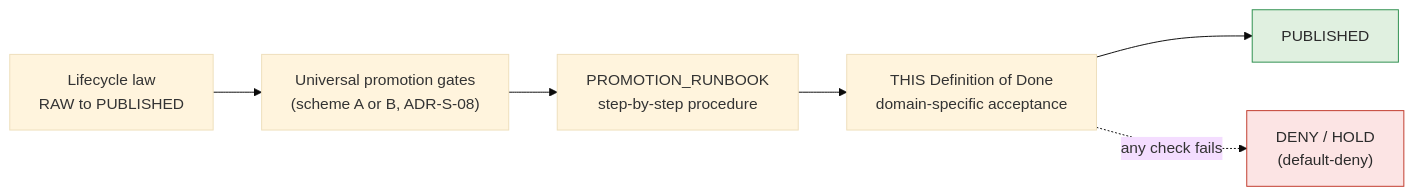
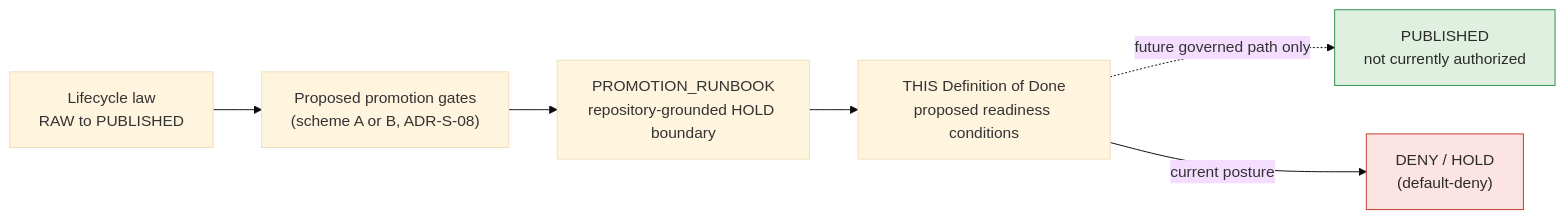
One commit to bartytime4life/Kansas-Frontier-Matrix changed the diagram in docs/domains/people-dna-land/DEFINITION_OF_DONE.md. Above: the diagram before and after it, drawn with Mermaid (base theme). The commit also changed other lines of this file, not shown here.

Commit message:
docs(people-dna-land): hold promotion consumer DEFINITION_OF_DONE.md

````diff
--- a/docs/domains/people-dna-land/DEFINITION_OF_DONE.md
+++ b/docs/domains/people-dna-land/DEFINITION_OF_DONE.md
@@ -92,13 +97,13 @@
 ```mermaid
 flowchart LR
-    L["Lifecycle law<br/>RAW to PUBLISHED"] --> G["Universal promotion gates<br/>(scheme A or B, ADR-S-08)"]
-    G --> R["PROMOTION_RUNBOOK<br/>step-by-step procedure"]
-    R --> DOD["THIS Definition of Done<br/>domain-specific acceptance"]
-    DOD --> P["PUBLISHED"]
-    DOD -.->|any check fails| DENY["DENY / HOLD<br/>(default-deny)"]
+    L["Lifecycle law<br/>RAW to PUBLISHED"] --> G["Proposed promotion gates<br/>(scheme A or B, ADR-S-08)"]
+    G --> R["PROMOTION_RUNBOOK<br/>repository-grounded HOLD boundary"]
+    R --> DOD["THIS Definition of Done<br/>proposed readiness conditions"]
+    DOD -.->|future governed path only| P["PUBLISHED<br/>not currently authorized"]
+    DOD -->|current posture| DENY["DENY / HOLD<br/>(default-deny)"]
 
     classDef pub fill:#e0f0e0,stroke:#2d8f4e,color:#2b2b2b
     classDef deny fill:#fce4e4,stroke:#c0392b,color:#2b2b2b
     class P pub
     class DENY deny
 ```
````
